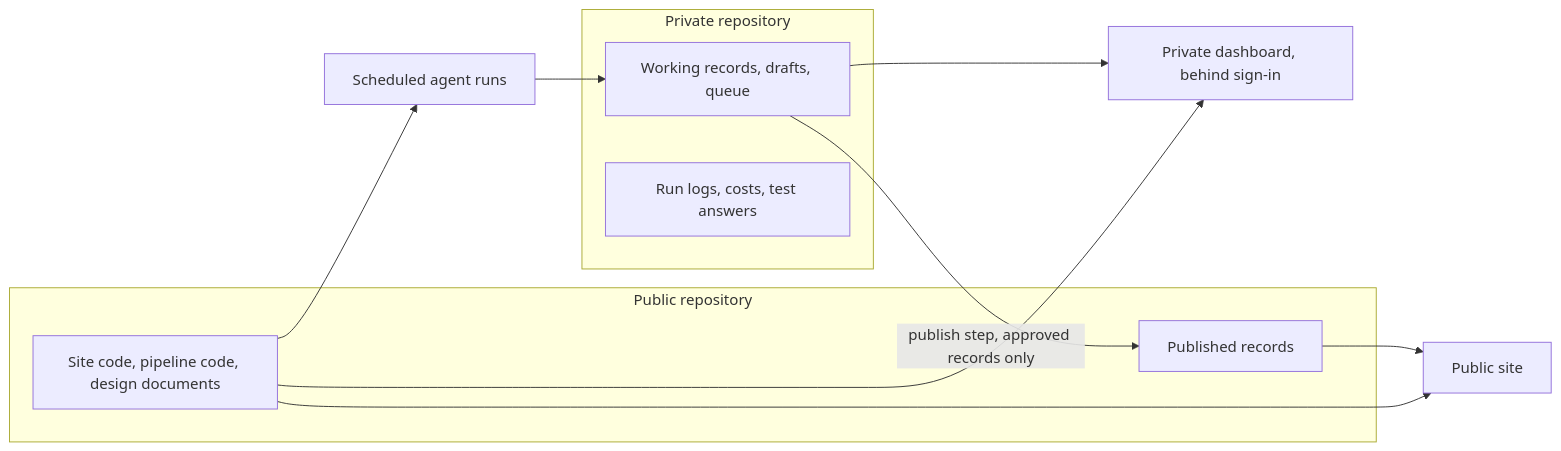
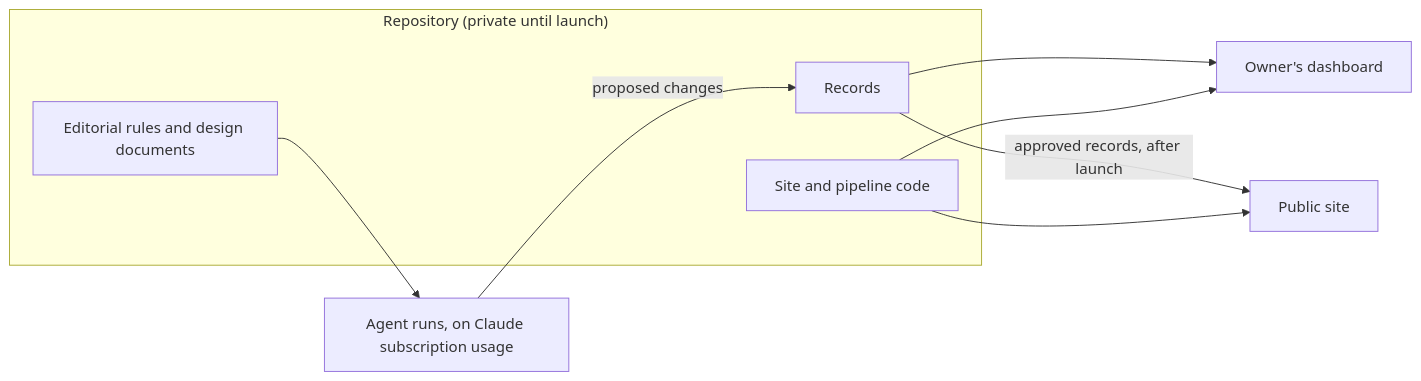
Before and after one commit to euglopi/AIScaleDev: the second of 2 diagrams in docs/high-level-design.md, drawn with Mermaid. The commit also changed other lines of this file and 7 other files, not shown here.

First line of the commit message:
Write the high-level design and move editorial rules into the repo

````diff
--- a/docs/high-level-design.md
+++ b/docs/high-level-design.md
@@ -365,18 +250,14 @@
 ```mermaid
 flowchart LR
-    subgraph privrepo[Private repository]
-        work["Working records, drafts, queue"]
-        logs["Run logs, costs, test answers"]
+    subgraph repo["Repository (private until launch)"]
+        rules[Editorial rules and design documents]
+        records[Records]
+        code[Site and pipeline code]
     end
-    subgraph pubrepo[Public repository]
-        code["Site code, pipeline code, design documents"]
-        published[Published records]
-    end
-    jobs[Scheduled agent runs] --> work
-    code --> jobs
-    work --> desk["Private dashboard, behind sign-in"]
-    work -->|"publish step, approved records only"| published
-    published --> live[Public site]
-    code --> desk
-    code --> live
+    runs["Agent runs, on Claude subscription usage"] -->|"proposed changes"| records
+    rules --> runs
+    records --> dash[Owner's dashboard]
+    records -->|"approved records, after launch"| site[Public site]
+    code --> dash
+    code --> site
 ```
````
